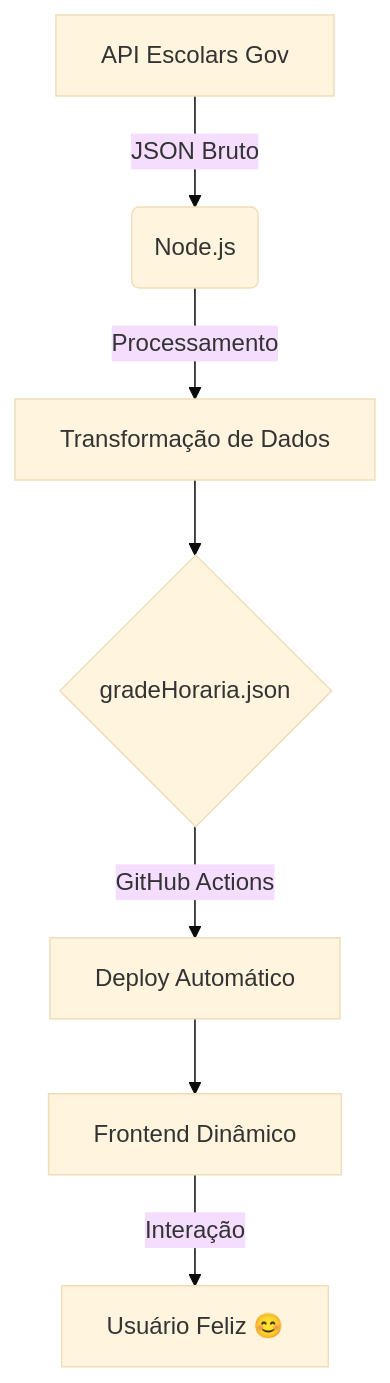
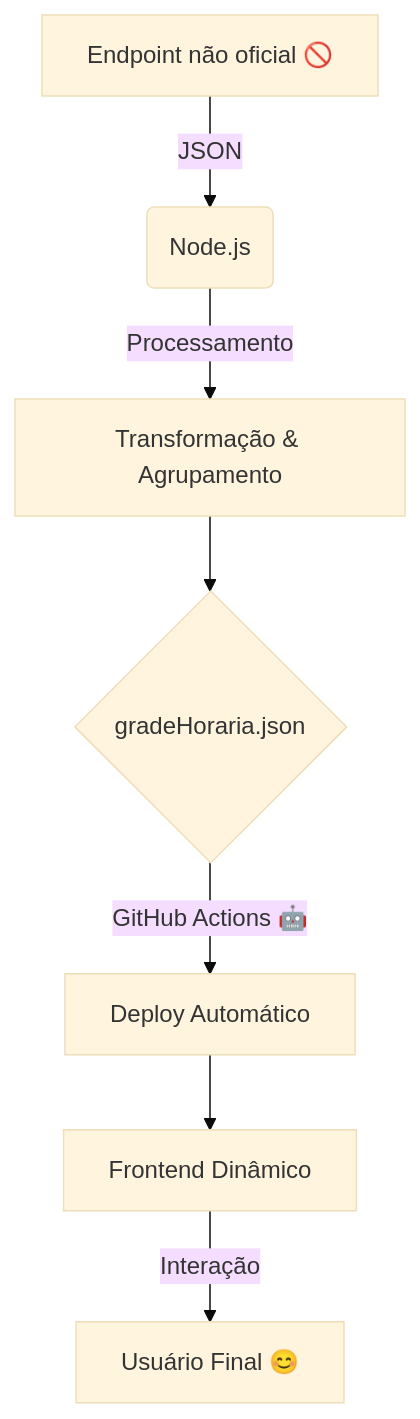
One commit to zKauaFerreira/310 changed the first of 2 diagrams in README.md. Above: the diagram before and after it, drawn with Mermaid (base theme). The commit also changed other lines of this file, not shown here.

````diff
--- a/README.md
+++ b/README.md
@@ -18,9 +21,9 @@
 ```mermaid
 graph TD
-    A[API Escolars Gov] -->|JSON Bruto| B(Node.js)
-    B -->|Processamento| C[Transformação de Dados]
+    A[Endpoint não oficial 🚫] -->|JSON| B(Node.js)
+    B -->|Processamento| C[Transformação & Agrupamento]
     C --> D{gradeHoraria.json}
-    D -->|GitHub Actions| E[Deploy Automático]
+    D -->|GitHub Actions 🤖| E[Deploy Automático]
     E --> F[Frontend Dinâmico]
-    F -->|Interação| G[Usuário Feliz 😊]
+    F -->|Interação| G[Usuário Final 😊]
 ```
````
